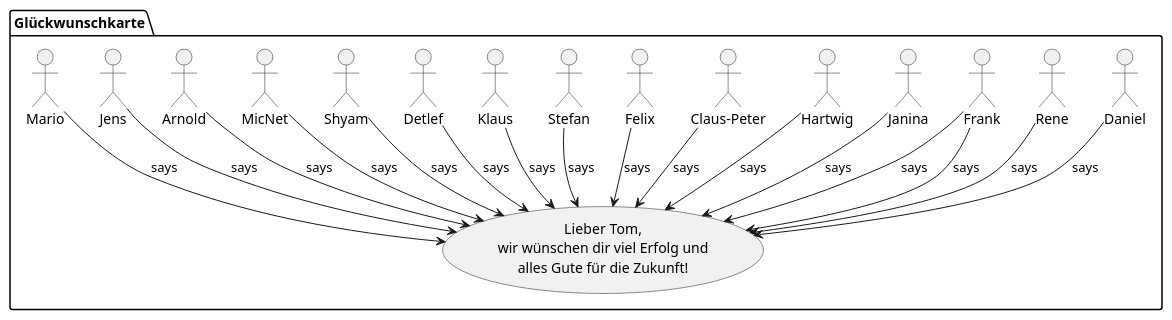
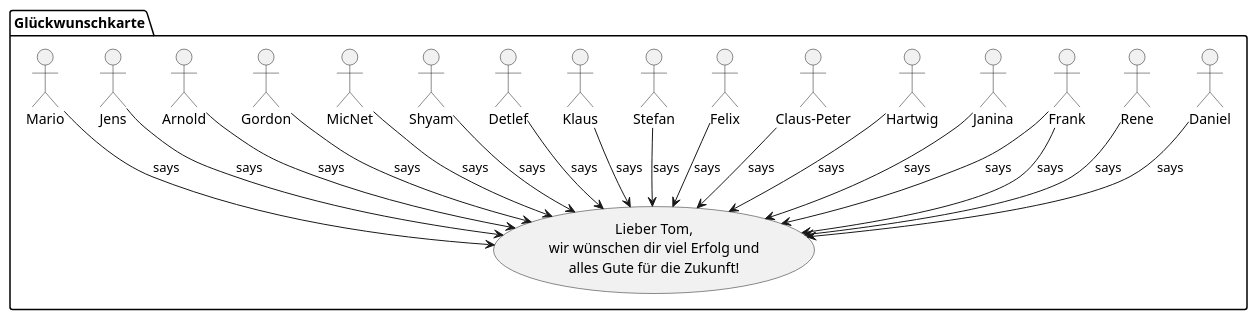
The diagram in greetings.puml (dkliem/alles-gute-tom), drawn with PlantUML before and after one commit.

```diff
--- a/greetings.puml
+++ b/greetings.puml
@@ -1,28 +1,29 @@
 @startuml
 folder "Glückwunschkarte" {
     usecase goodbye [
         Lieber Tom,
         wir wünschen dir viel Erfolg und
         alles Gute für die Zukunft!
     ]
 
     :Daniel: --> goodbye: says
     :Rene: --> goodbye: says
     :Frank: --> goodbye: says
     :Janina: --> goodbye: says
     :Hartwig: --> goodbye: says
     :Claus-Peter: --> goodbye: says
     :Felix: --> goodbye: says
     :Stefan: --> goodbye: says
     :Klaus: --> goodbye: says
     :Detlef: --> goodbye: says
     :Shyam: --> goodbye: says
     :MicNet: --> goodbye: says
+    :Gordon: --> goodbye: says
     :Frank: --> goodbye: says
     :Arnold: --> goodbye: says 
     :Jens: --> goodbye: says
     :Mario: --> goodbye: says
    
     
 }
 @enduml
```
